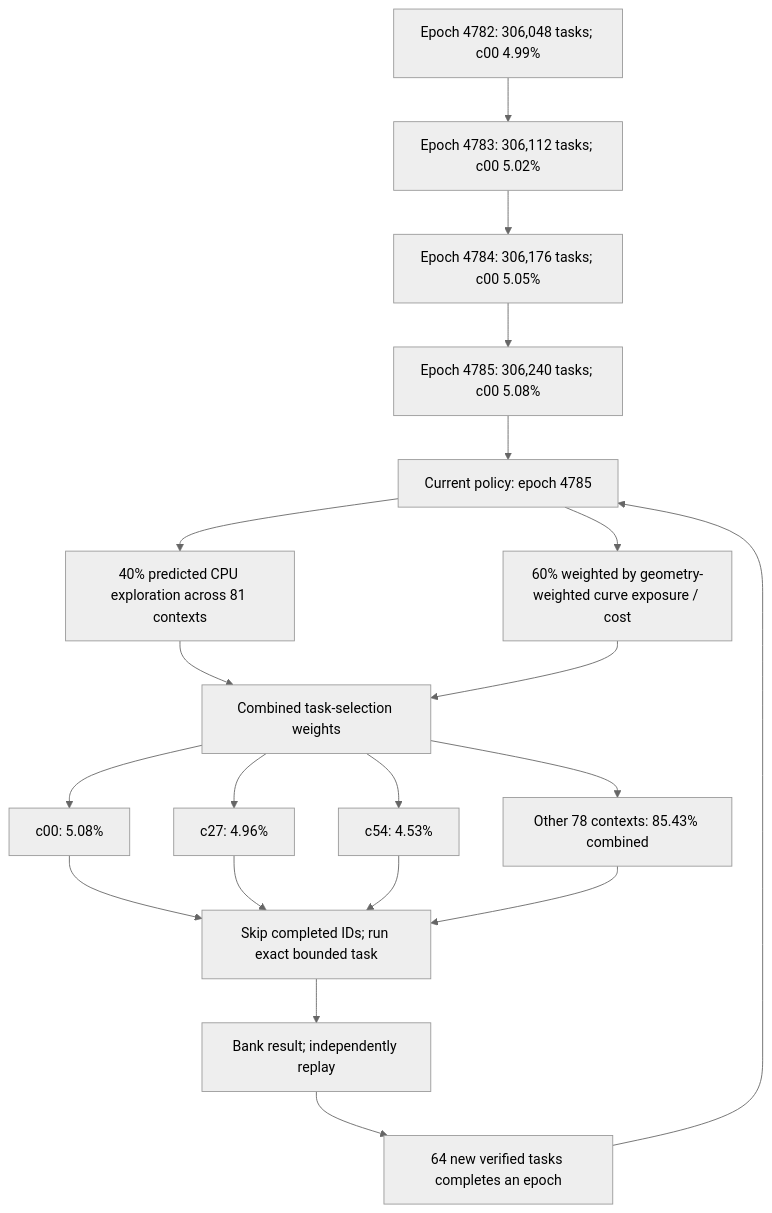
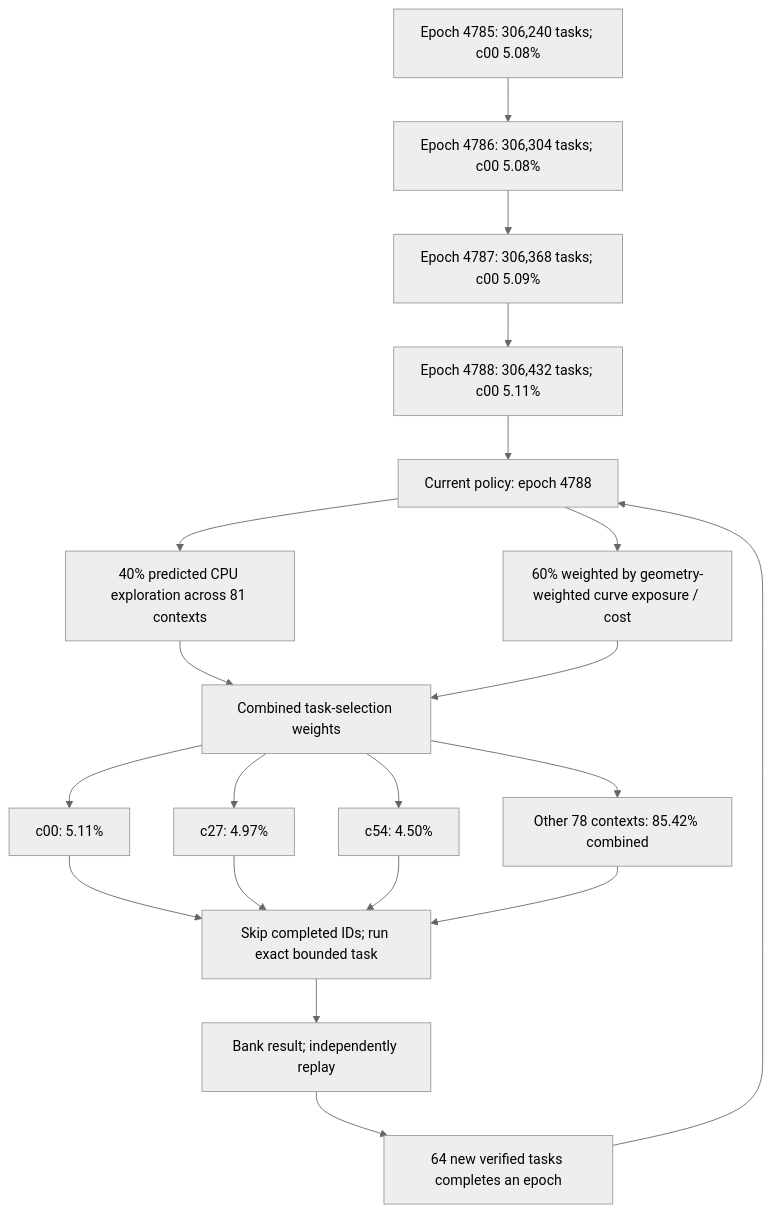
One commit to Kuberwastaken/math-gambling changed the first of 3 diagrams in README.md. Above: the diagram before and after it, drawn with Mermaid (neutral theme). The commit also changed other lines of this file and 463 other files, not shown here.

````diff
--- a/README.md
+++ b/README.md
@@ -60,27 +60,27 @@
 ```mermaid
 flowchart TD
-    H0["Epoch 4782: 306,048 tasks; c00 4.99%"]
-    H1["Epoch 4783: 306,112 tasks; c00 5.02%"]
+    H0["Epoch 4785: 306,240 tasks; c00 5.08%"]
+    H1["Epoch 4786: 306,304 tasks; c00 5.08%"]
     H0 --> H1
-    H2["Epoch 4784: 306,176 tasks; c00 5.05%"]
+    H2["Epoch 4787: 306,368 tasks; c00 5.09%"]
     H1 --> H2
-    H3["Epoch 4785: 306,240 tasks; c00 5.08%"]
+    H3["Epoch 4788: 306,432 tasks; c00 5.11%"]
     H2 --> H3
-    Policy["Current policy: epoch 4785"]
+    Policy["Current policy: epoch 4788"]
     H3 --> Policy
     Policy --> Explore["40% predicted CPU exploration across 81 contexts"]
     Policy --> Cost["60% weighted by geometry-weighted curve exposure / cost"]
     Explore --> Mix["Combined task-selection weights"]
     Cost --> Mix
-    Mix --> C0["c00: 5.08%"]
-    Mix --> C1["c27: 4.96%"]
-    Mix --> C2["c54: 4.53%"]
-    Mix --> Rest["Other 78 contexts: 85.43% combined"]
+    Mix --> C0["c00: 5.11%"]
+    Mix --> C1["c27: 4.97%"]
+    Mix --> C2["c54: 4.50%"]
+    Mix --> Rest["Other 78 contexts: 85.42% combined"]
     C0 --> Check["Skip completed IDs; run exact bounded task"]
     C1 --> Check
     C2 --> Check
     Rest --> Check
     Check --> Replay["Bank result; independently replay"]
     Replay --> Gate["64 new verified tasks completes an epoch"]
     Gate --> Policy
 ```
````
